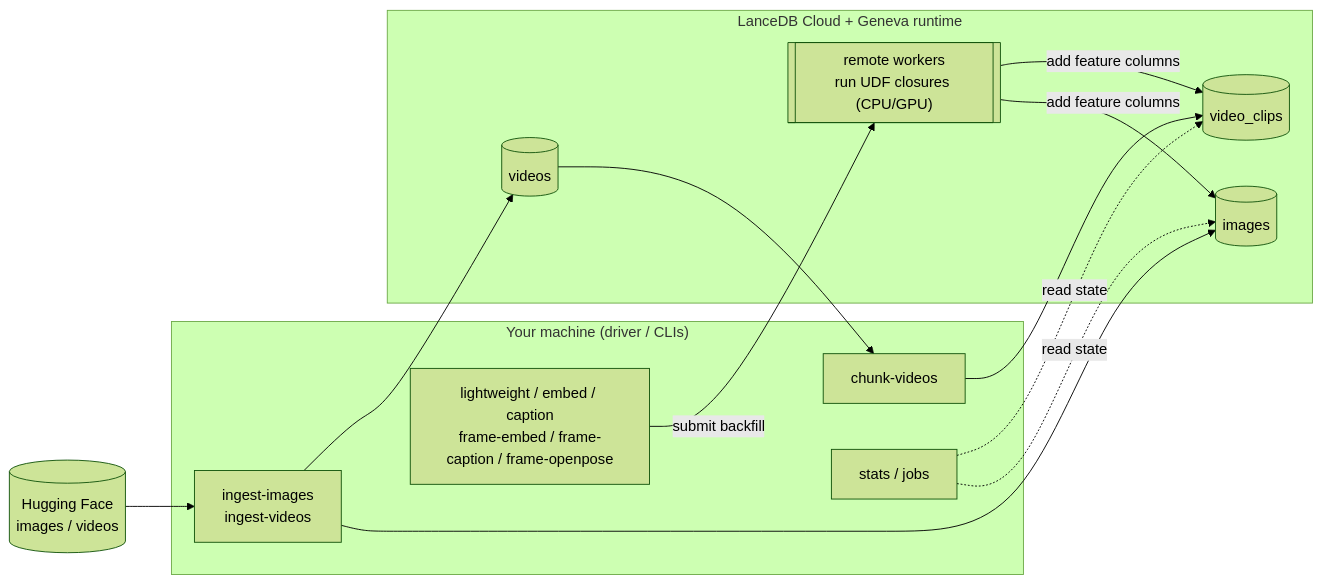
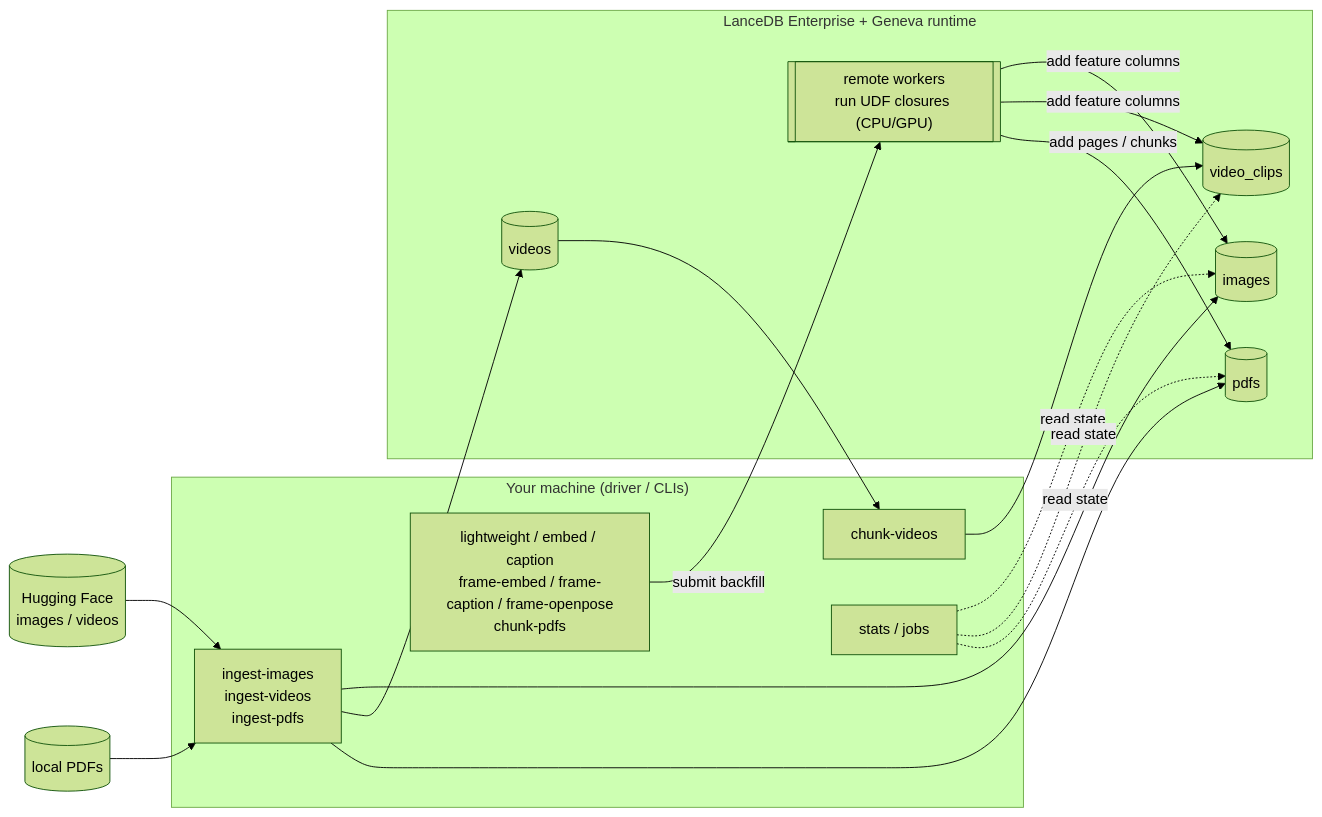
The diagram in README.md (lancedb/geneva-examples), drawn with Mermaid (forest theme) before and after one commit. The commit also changed other lines of this file and 44 other files, not shown here.

````diff
--- a/README.md
+++ b/README.md
@@ -35,28 +35,34 @@
 ```mermaid
 flowchart LR
   HF[("Hugging Face<br/>images / videos")]
+  LOCAL[("local PDFs")]
 
   subgraph driver["Your machine (driver / CLIs)"]
-    ING["ingest-images<br/>ingest-videos"]
+    ING["ingest-images<br/>ingest-videos<br/>ingest-pdfs"]
     CHUNK["chunk-videos"]
-    STAGES["lightweight / embed / caption<br/>frame-embed / frame-caption / frame-openpose"]
+    STAGES["lightweight / embed / caption<br/>frame-embed / frame-caption / frame-openpose<br/>chunk-pdfs"]
     OPS["stats / jobs"]
   end
 
-  subgraph cloud["LanceDB Cloud + Geneva runtime"]
+  subgraph cloud["LanceDB Enterprise + Geneva runtime"]
     IMAGES[("images")]
     VIDEOS[("videos")]
     CLIPS[("video_clips")]
+    PDFS[("pdfs")]
     WORKERS[["remote workers<br/>run UDF closures (CPU/GPU)"]]
   end
 
   HF --> ING
+  LOCAL --> ING
   ING --> IMAGES
   ING --> VIDEOS
+  ING --> PDFS
   VIDEOS --> CHUNK --> CLIPS
   STAGES -- "submit backfill" --> WORKERS
   WORKERS -- "add feature columns" --> IMAGES
   WORKERS -- "add feature columns" --> CLIPS
+  WORKERS -- "add pages / chunks" --> PDFS
   OPS -. "read state" .-> IMAGES
   OPS -. "read state" .-> CLIPS
+  OPS -. "read state" .-> PDFS
 ```
````
